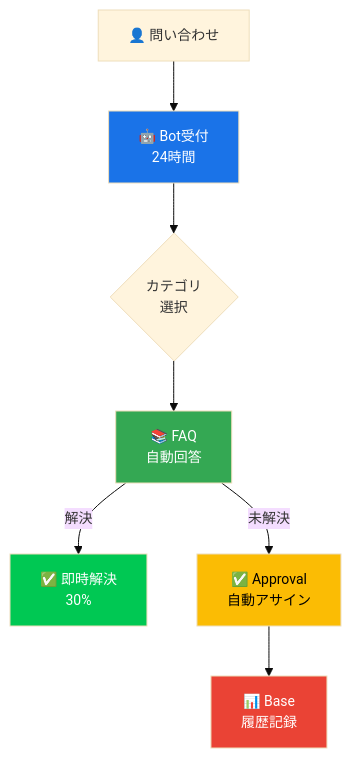
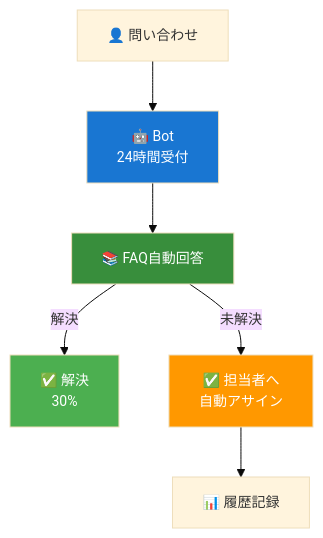
Before and after one commit to PLark-droid/lark-proposal: the seventh of 15 diagrams in docs/FITPLACE_LARK_PROPOSAL.md, drawn with Mermaid. The commit also changed other lines of this file, not shown here.

First line of the commit message:
docs: redesign Mermaid diagrams for A4 portrait layout

````diff
--- a/docs/FITPLACE_LARK_PROPOSAL.md
+++ b/docs/FITPLACE_LARK_PROPOSAL.md
@@ -242,21 +265,20 @@
 ```mermaid
-%%{init: {'theme': 'base', 'themeVariables': { 'fontSize': '14px'}}}%%
+%%{init: {'theme': 'base', 'themeVariables': {'fontSize': '14px'}}}%%
 flowchart TB
     A["👤 問い合わせ"]
-    B["🤖 Bot受付\n24時間"]
-    C{"カテゴリ\n選択"}
-    D["📚 FAQ\n自動回答"]
-    E["✅ 即時解決\n30%"]
-    F["✅ Approval\n自動アサイン"]
-    G["📊 Base\n履歴記録"]
+    B["🤖 Bot<br/>24時間受付"]
+    C["📚 FAQ自動回答"]
 
-    A --> B --> C --> D
-    D -->|解決| E
-    D -->|未解決| F --> G
+    D["✅ 解決<br/>30%"]
+    E["✅ 担当者へ<br/>自動アサイン"]
+    F["📊 履歴記録"]
 
-    style B fill:#1a73e8,color:#fff
-    style D fill:#34a853,color:#fff
-    style E fill:#00c853,color:#fff
-    style F fill:#fbbc04,color:#000
-    style G fill:#ea4335,color:#fff
+    A --> B --> C
+    C -->|解決| D
+    C -->|未解決| E --> F
+
+    style B fill:#1976d2,color:#fff
+    style C fill:#388e3c,color:#fff
+    style D fill:#4caf50,color:#fff
+    style E fill:#ff9800,color:#fff
 ```
````
